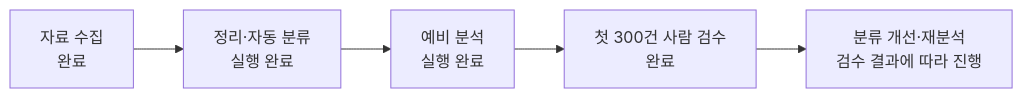
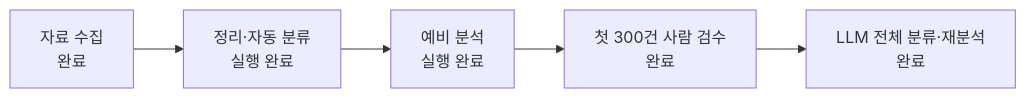
Before and after one commit to devCollegit/social_media_2026: the third of 4 diagrams in 김정기/README.md, drawn with Mermaid. The commit also changed other lines of this file and 16 other files, not shown here.

````diff
--- a/김정기/README.md
+++ b/김정기/README.md
@@ -87,7 +83,7 @@
 ```mermaid
 flowchart LR
     A["자료 수집<br/>완료"] --> B["정리·자동 분류<br/>실행 완료"]
     B --> C["예비 분석<br/>실행 완료"]
     C --> D["첫 300건 사람 검수<br/>완료"]
-    D --> E["분류 개선·재분석<br/>검수 결과에 따라 진행"]
+    D --> E["LLM 전체 분류·재분석<br/>완료"]
 ```
````
